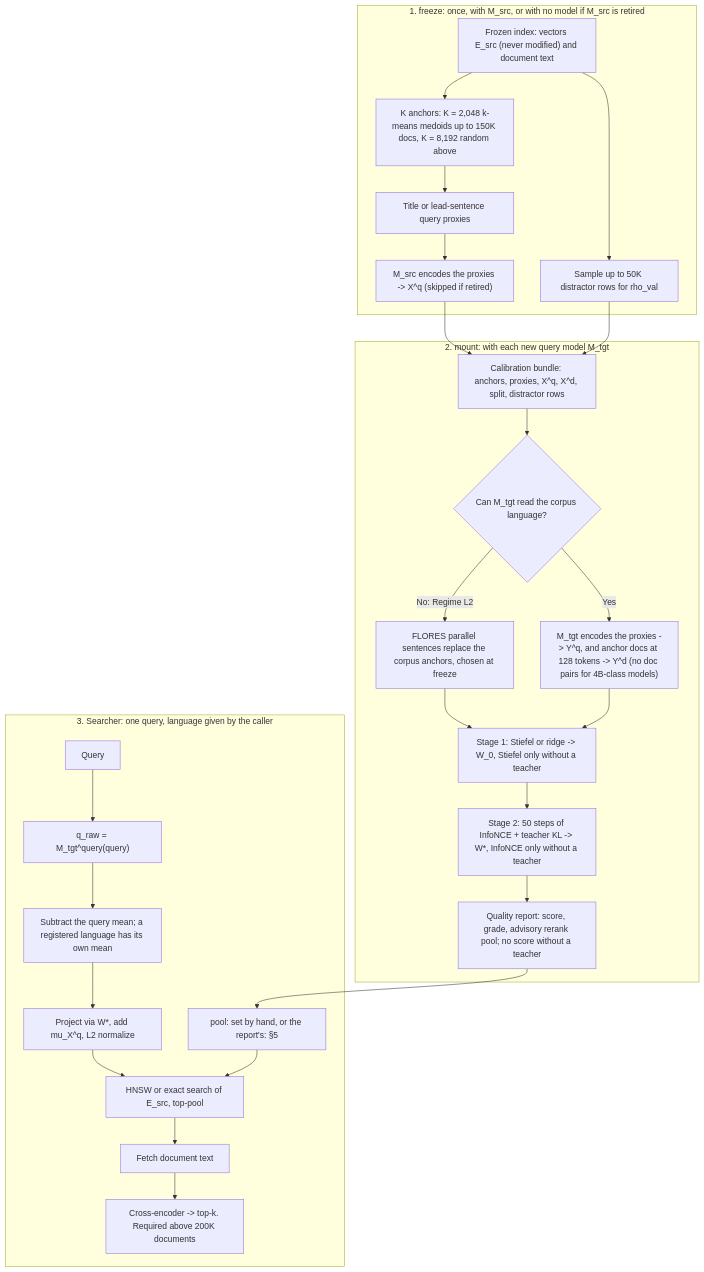
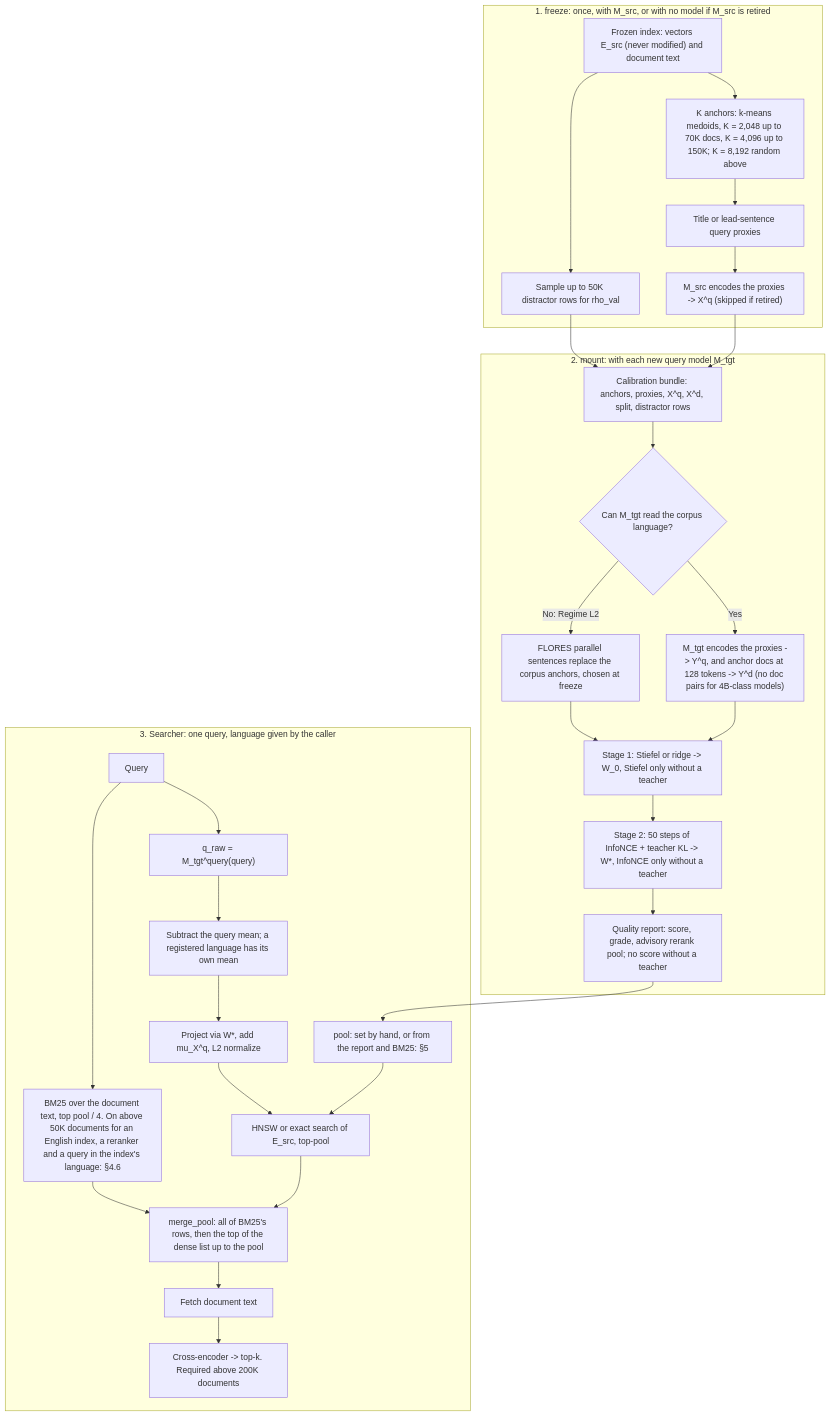
One commit to pancerZH/SpaceBridge changed the diagram in spacebridge_design_and_benchmark.md. Above: the diagram before and after it, drawn with Mermaid. The commit also changed other lines of this file, not shown here.

First line of the commit message:
Design: BM25 in the same-language product, the lexical channel, K = 4,096, and what the HotpotQA study found

````diff
--- a/spacebridge_design_and_benchmark.md
+++ b/spacebridge_design_and_benchmark.md
@@ -150,32 +152,35 @@
 ```mermaid
 flowchart TD
     subgraph Freeze["1. freeze: once, with M_src, or with no model if M_src is retired"]
-        Docs["Frozen index: vectors E_src (never modified) and document text"] --> Anchors["K anchors: K = 2,048 k-means medoids up to 150K docs, K = 8,192 random above"]
+        Docs["Frozen index: vectors E_src (never modified) and document text"] --> Anchors["K anchors: k-means medoids, K = 2,048 up to 70K docs, K = 4,096 up to 150K; K = 8,192 random above"]
         Anchors --> Proxies["Title or lead-sentence query proxies"]
         Proxies --> EncSrc["M_src encodes the proxies -> X^q (skipped if retired)"]
         Docs --> Distract["Sample up to 50K distractor rows for rho_val"]
     end
 
     subgraph Mount["2. mount: with each new query model M_tgt"]
         EncSrc --> Bundle["Calibration bundle: anchors, proxies, X^q, X^d, split, distractor rows"]
         Distract --> Bundle
         Bundle --> Regime{"Can M_tgt read the corpus language?"}
         Regime -- "Yes" --> EncTgt["M_tgt encodes the proxies -> Y^q, and anchor docs at 128 tokens -> Y^d (no doc pairs for 4B-class models)"]
         Regime -- "No: Regime L2" --> StaticBank["FLORES parallel sentences replace the corpus anchors, chosen at freeze"]
         StaticBank --> Stage1
         EncTgt --> Stage1["Stage 1: Stiefel or ridge -> W_0, Stiefel only without a teacher"]
         Stage1 --> Stage2["Stage 2: 50 steps of InfoNCE + teacher KL -> W*, InfoNCE only without a teacher"]
         Stage2 --> Report["Quality report: score, grade, advisory rerank pool; no score without a teacher"]
     end
 
     subgraph Online["3. Searcher: one query, language given by the caller"]
         UserQ["Query"] --> TgtOnline["q_raw = M_tgt^query(query)"]
         TgtOnline --> LangCenter["Subtract the query mean; a registered language has its own mean"]
         LangCenter --> Proj["Project via W*, add mu_X^q, L2 normalize"]
         Proj --> Search["HNSW or exact search of E_src, top-pool"]
-        Report --> Pool["pool: set by hand, or the report's: §5"]
+        Report --> Pool["pool: set by hand, or from the report and BM25: §5"]
         Pool --> Search
-        Search --> Fetch["Fetch document text"]
+        UserQ --> Lexical["BM25 over the document text, top pool / 4. On above 50K documents for an English index, a reranker and a query in the index's language: §4.6"]
+        Search --> Merge["merge_pool: all of BM25's rows, then the top of the dense list up to the pool"]
+        Lexical --> Merge
+        Merge --> Fetch["Fetch document text"]
         Fetch --> Rerank["Cross-encoder -> top-k. Required above 200K documents"]
     end
 ```
````
